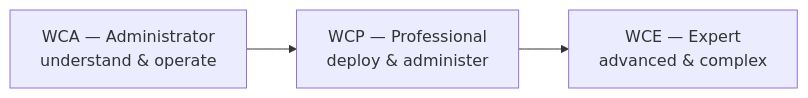
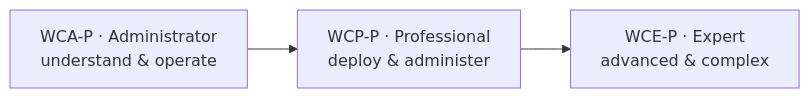
The second of 3 diagrams in README.md (morandeirachema/WallixCerts), drawn with Mermaid before and after one commit. The commit also changed other lines of this file, not shown here.

````diff
--- a/README.md
+++ b/README.md
@@ -123,4 +96,4 @@
 ```mermaid
 flowchart LR
-    WCA["WCA — Administrator<br/>understand & operate"] --> WCP["WCP — Professional<br/>deploy & administer"] --> WCE["WCE — Expert<br/>advanced & complex"]
+    WCA["WCA-P · Administrator<br/>understand & operate"] --> WCP["WCP-P · Professional<br/>deploy & administer"] --> WCE["WCE-P · Expert<br/>advanced & complex"]
 ```
````
